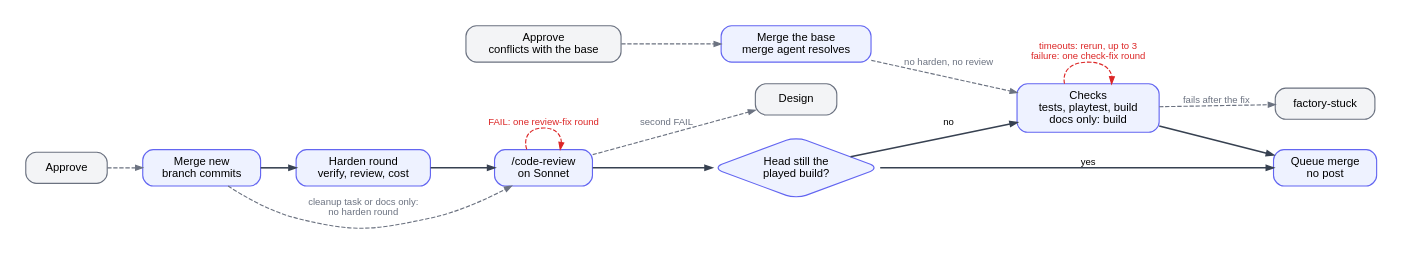
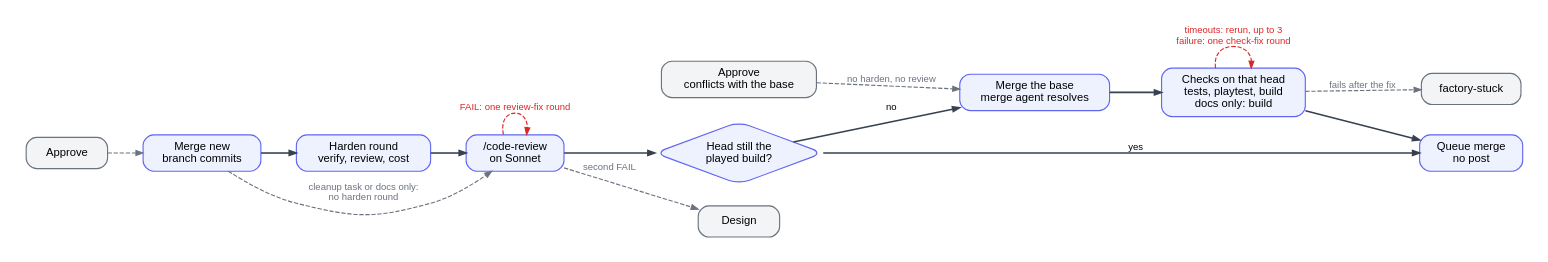
The diagram in factory/docs/diagrams/hardening.dot (btseytlin/road-machiners), drawn with Graphviz before and after one commit. The commit also changed 4 other files, not shown here.

Commit message:
Docs and hardening diagram: Hardening merges the base before Checks, which test that exact head

```diff
--- a/factory/docs/diagrams/hardening.dot
+++ b/factory/docs/diagrams/hardening.dot
@@ -1,28 +1,27 @@
-// Hardening column. An approved card is reviewed, and checked again only when hardening changed the code. Red: loops back. Grey: leaves Hardening or enters from outside.
+// Hardening column. An approved card is reviewed, and checked again only when hardening changed the code, on the current base merged in. Red: loops back. Grey: leaves Hardening or enters from outside.
 digraph hardening {
   rankdir=LR; nodesep=0.35; ranksep=0.55; bgcolor=white; pad=0.3;
   node [shape=box, style="rounded,filled", fillcolor="#eef2ff", color="#6366f1", fontname="Helvetica", fontsize=13, margin="0.2,0.1", penwidth=1.3, width=1.3];
   edge [color="#374151", penwidth=1.8, arrowsize=0.8, fontname="Helvetica", fontsize=11];
   HM [label="Merge new\nbranch commits"]; HH [label="Harden round\nverify, review, cost"]; HR [label="/code-review\non Sonnet"];
   HS [label="Head still the\nplayed build?", shape=diamond, margin="0.05,0.05"];
-  HC [label="Checks\ntests, playtest, build\ndocs only: build"]; HQ [label="Queue merge\nno post"];
+  HX [label="Merge the base\nmerge agent resolves"];
+  HC [label="Checks on that head\ntests, playtest, build\ndocs only: build"]; HQ [label="Queue merge\nno post"];
   HM -> HH -> HR -> HS [weight=100];
   HS -> HQ [label="yes", weight=100];
-  HS -> HC [label="no"];
-  HC -> HQ;
+  HS -> HX [label="no"];
+  HX -> HC -> HQ;
   XA [label="Approve", fillcolor="#f3f4f6", color="#6b7280"];
   XC [label="Approve\nconflicts with the base", fillcolor="#f3f4f6", color="#6b7280"];
-  HX [label="Merge the base\nmerge agent resolves"];
   XD [label="Design", fillcolor="#f3f4f6", color="#6b7280"];
   XS [label="factory-stuck", fillcolor="#f3f4f6", color="#6b7280"];
   edge [color="#dc2626", fontcolor="#dc2626", style=dashed, penwidth=1.3];
   HC -> HC [label="timeouts: rerun, up to 3\nfailure: one check-fix round"];
   HR -> HR [label="FAIL: one review-fix round"];
   edge [color="#6b7280", fontcolor="#6b7280"];
   XA -> HM;
   HM -> HR [label="cleanup task or docs only:\nno harden round"];
-  XC -> HX;
-  HX -> HC [label="no harden, no review"];
+  XC -> HX [label="no harden, no review"];
   HR -> XD [label="second FAIL"];
   HC -> XS [label="fails after the fix"];
 }
```
